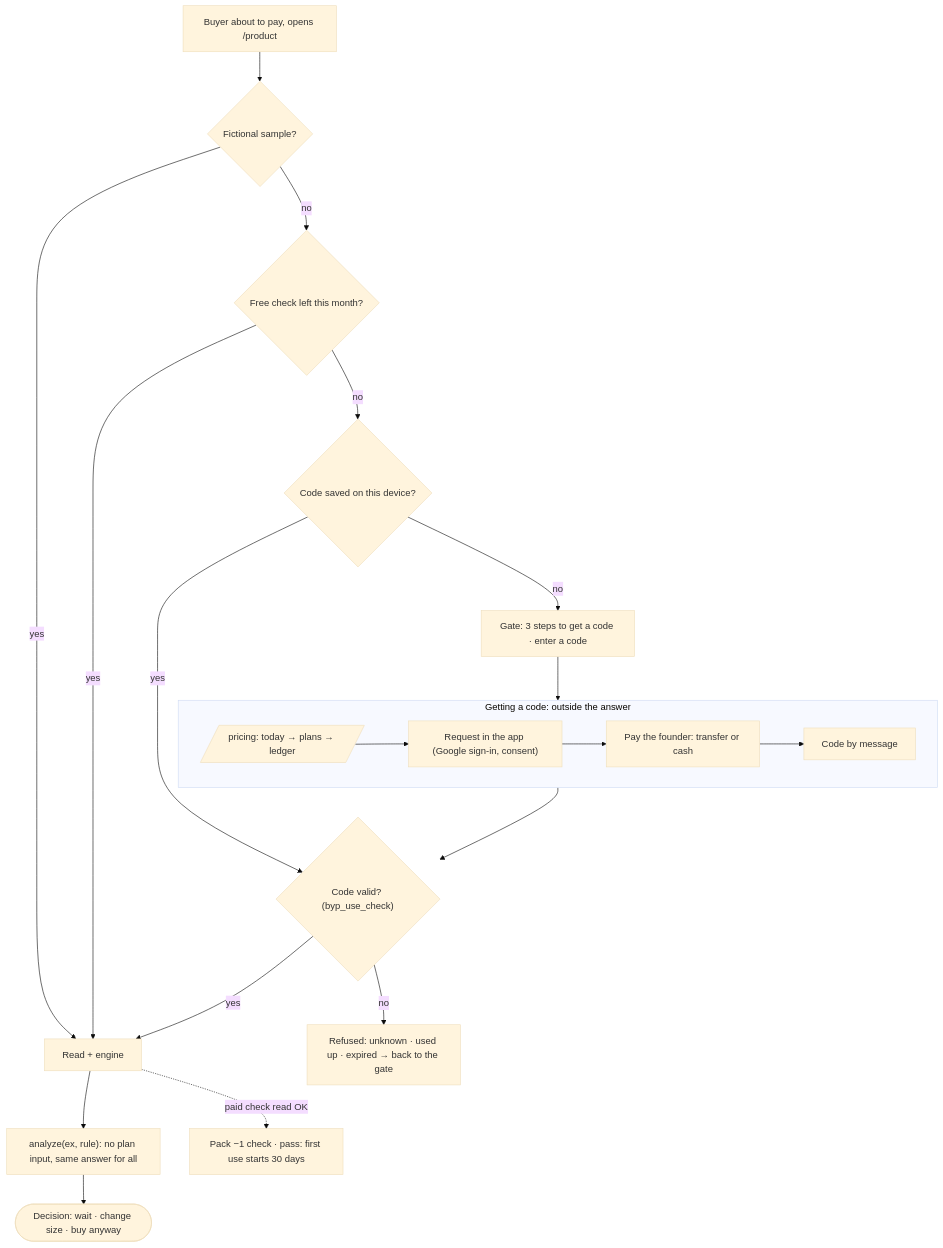
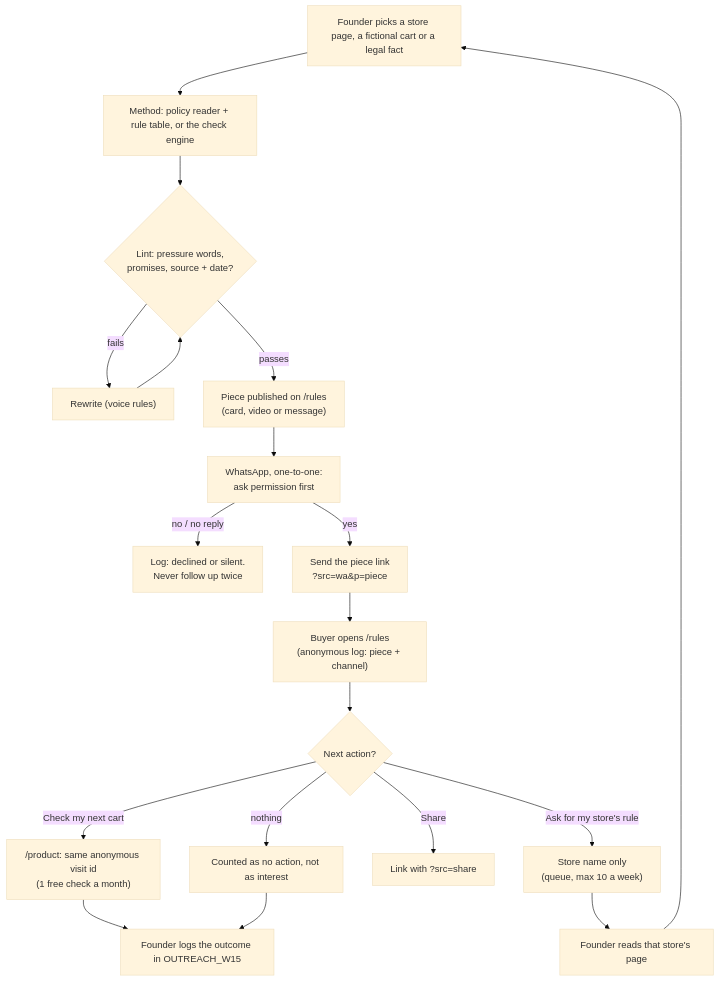
The first of 2 diagrams in docs/PACKET.md (KaromBuilds/before-you-pay), drawn with Mermaid (base theme) before and after one commit. The commit also changed other lines of this file and 6 other files, not shown here.

First line of the commit message:
Week 15 packet before code: launch playbook, flow diagrams, test plan, outreach scripts; Week 14 docs archived in docs/w14 [skip netlify]

````diff
--- a/docs/PACKET.md
+++ b/docs/PACKET.md
@@ -45,21 +48,19 @@
 ```mermaid
 flowchart TD
-    A[Buyer about to pay, opens /product] --> B{Fictional sample?}
-    B -- yes --> R[Read + engine]
-    B -- no --> C{Free check left this month?}
-    C -- yes --> R
-    C -- no --> D{Code saved on this device?}
-    D -- yes --> V{"Code valid? (byp_use_check)"}
-    D -- no --> G["Gate: 3 steps to get a code · enter a code"]
-    G --> GET
-    subgraph GET [Getting a code: outside the answer]
-        direction LR
-        P[/pricing: today → plans → ledger/] --> Q["Request in the app (Google sign-in, consent)"] --> PAY["Pay the founder: transfer or cash"] --> F[Code by message]
-    end
-    GET --> V
-    V -- no --> X["Refused: unknown · used up · expired → back to the gate"]
-    V -- yes --> R
-    R --> S["analyze(ex, rule): no plan input, same answer for all"]
-    S --> T([Decision: wait · change size · buy anyway])
-    R -. paid check read OK .-> U["Pack −1 check · pass: first use starts 30 days"]
+  A["Founder picks a store page, a fictional cart or a legal fact"] --> B["Method: policy reader + rule table, or the check engine"]
+  B --> C{"Lint: pressure words,<br/>promises, source + date?"}
+  C -- "fails" --> D["Rewrite (voice rules)"] --> C
+  C -- "passes" --> E["Piece published on /rules<br/>(card, video or message)"]
+  E --> F["WhatsApp, one-to-one:<br/>ask permission first"]
+  F -- "no / no reply" --> G["Log: declined or silent.<br/>Never follow up twice"]
+  F -- "yes" --> H["Send the piece link<br/>?src=wa&amp;p=piece"]
+  H --> I["Buyer opens /rules<br/>(anonymous log: piece + channel)"]
+  I --> J{"Next action?"}
+  J -- "Check my next cart" --> K["/product: same anonymous visit id<br/>(1 free check a month)"]
+  J -- "Ask for my store's rule" --> L["Store name only<br/>(queue, max 10 a week)"]
+  L --> M["Founder reads that store's page"] --> A
+  J -- "Share" --> N["Link with ?src=share"]
+  J -- "nothing" --> O["Counted as no action, not as interest"]
+  K --> P["Founder logs the outcome in OUTREACH_W15"]
+  O --> P
 ```
````
